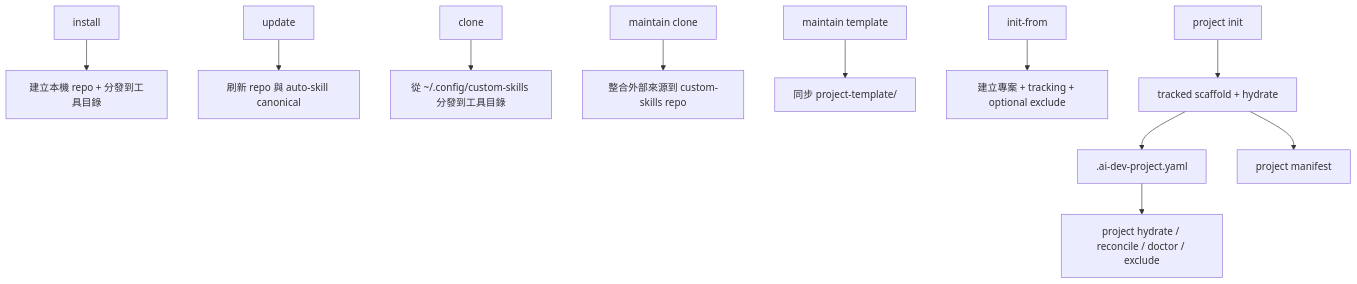
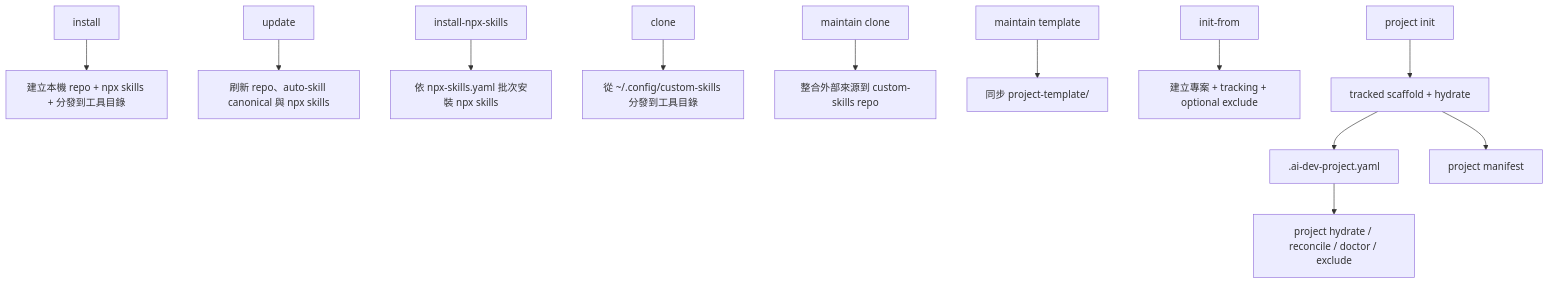
One commit to ValorVie/custom-skills changed the second of 2 diagrams in docs/ai-dev指令與資料流參考.md. Above: the diagram before and after it, drawn with Mermaid. The commit also changed other lines of this file and 2 other files, not shown here.

Commit message:
docs: 更新 ai-dev 資料流、CHANGELOG 與 npx skills 盤點報告

````diff
--- a/docs/ai-dev指令與資料流參考.md
+++ b/docs/ai-dev指令與資料流參考.md
@@ -397,13 +422,14 @@
 ```mermaid
 flowchart TD
-    A["install"] --> B["建立本機 repo + 分發到工具目錄"]
-    C["update"] --> D["刷新 repo 與 auto-skill canonical"]
+    A["install"] --> B["建立本機 repo + npx skills + 分發到工具目錄"]
+    C["update"] --> D["刷新 repo、auto-skill canonical 與 npx skills"]
+    R["install-npx-skills"] --> S["依 npx-skills.yaml 批次安裝 npx skills"]
     E["clone"] --> F["從 ~/.config/custom-skills 分發到工具目錄"]
     G["maintain clone"] --> H["整合外部來源到 custom-skills repo"]
     I["maintain template"] --> J["同步 project-template/"]
     K["init-from"] --> L["建立專案 + tracking + optional exclude"]
     M["project init"] --> N["tracked scaffold + hydrate"]
     N --> O[".ai-dev-project.yaml"]
     N --> P["project manifest"]
     O --> Q["project hydrate / reconcile / doctor / exclude"]
 ```
````
